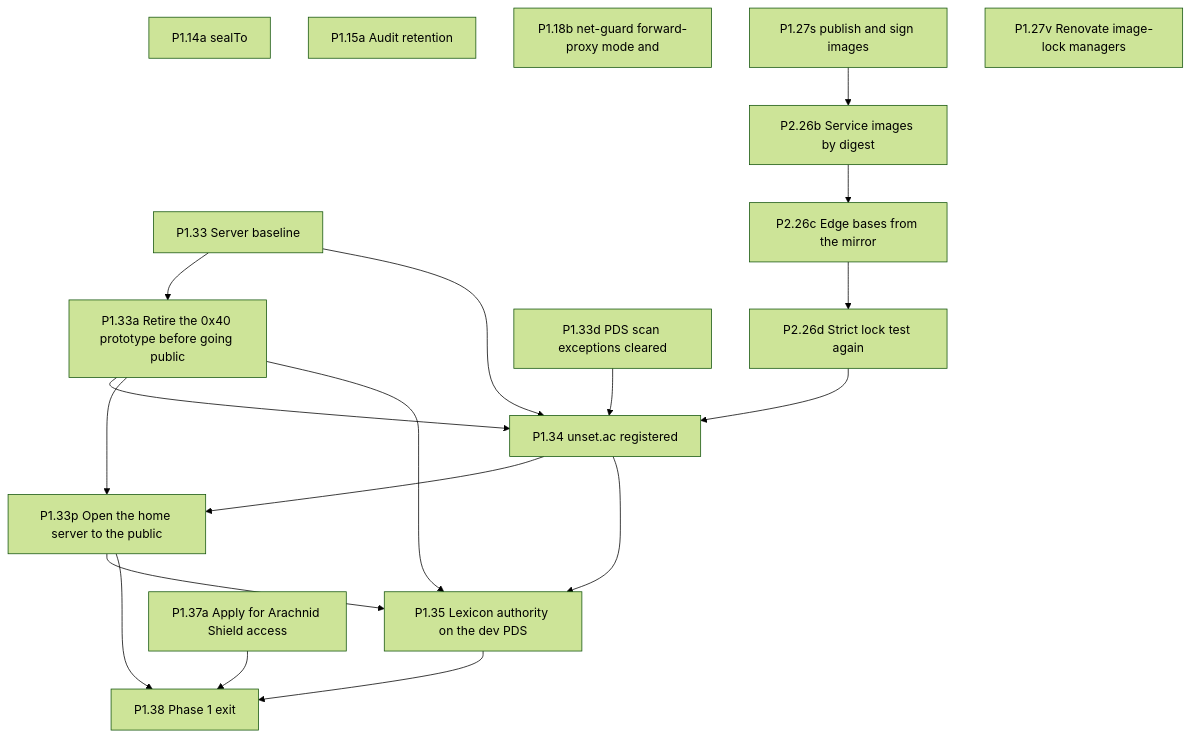
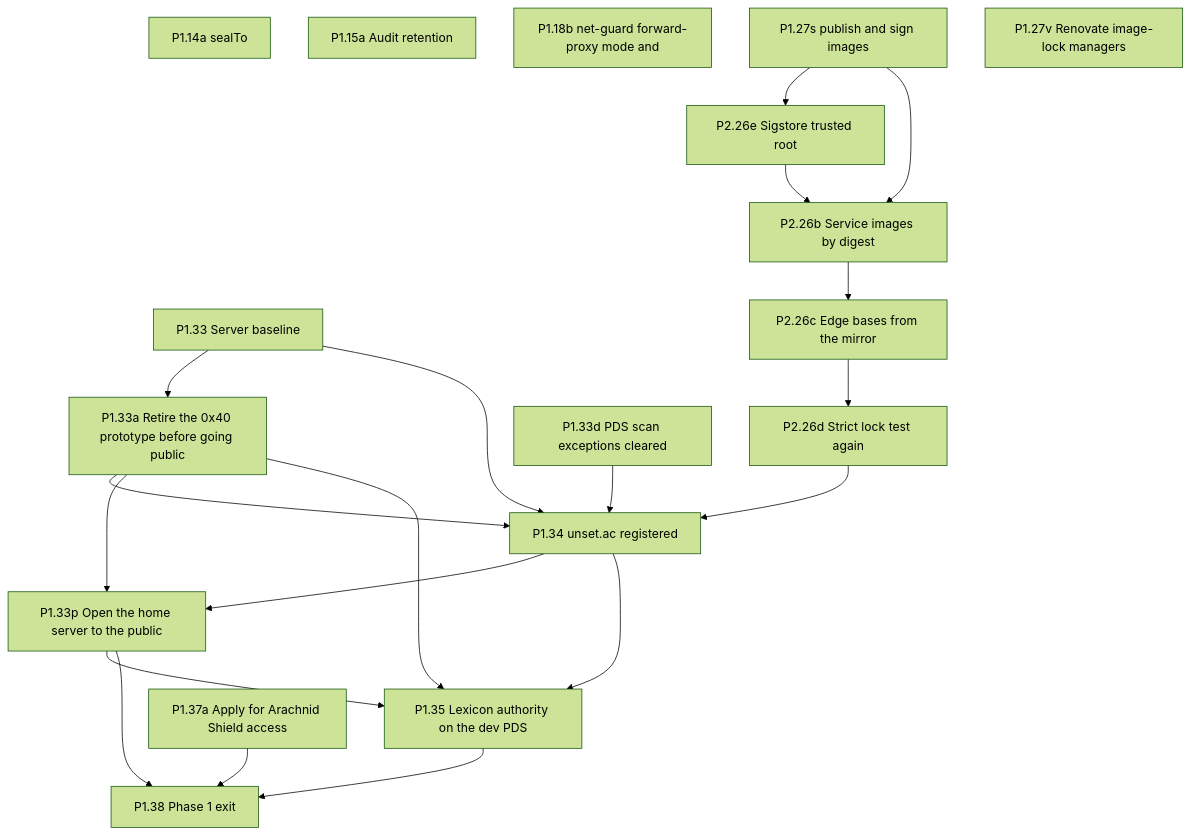
The fourth of 11 diagrams in docs/ai/book/01-outline.md (Undefined6799/unset), drawn with Mermaid (forest theme) before and after one commit. The commit also changed other lines of this file and 2 other files, not shown here.

````diff
--- a/docs/ai/book/01-outline.md
+++ b/docs/ai/book/01-outline.md
@@ -1200,35 +1214,38 @@
 ```mermaid
 flowchart TD
   P1_14a["P1.14a sealTo"]
   P1_15a["P1.15a Audit retention"]
   P1_18b["P1.18b net-guard forward-proxy mode and"]
   P1_33["P1.33 Server baseline"]
   P1_33a["P1.33a Retire the 0x40 prototype before going public"]
   P1_33p["P1.33p Open the home server to the public"]
+  P2_26e["P2.26e Sigstore trusted root"]
   P2_26b["P2.26b Service images by digest"]
   P2_26c["P2.26c Edge bases from the mirror"]
   P2_26d["P2.26d Strict lock test again"]
   P1_33d["P1.33d PDS scan exceptions cleared"]
   P1_34["P1.34 unset.ac registered"]
   P1_35["P1.35 Lexicon authority on the dev PDS"]
   P1_27s["P1.27s publish and sign images"]
   P1_27v["P1.27v Renovate image-lock managers"]
   P1_37a["P1.37a Apply for Arachnid Shield access"]
   P1_38["P1.38 Phase 1 exit"]
   P1_33 --> P1_33a
   P1_33 --> P1_34
   P1_33a --> P1_34
   P1_33d --> P1_34
+  P1_27s --> P2_26e
+  P2_26e --> P2_26b
   P1_27s --> P2_26b
   P2_26b --> P2_26c
   P2_26c --> P2_26d
   P2_26d --> P1_34
   P1_34 --> P1_33p
   P1_33a --> P1_33p
   P1_33p --> P1_35
   P1_33a --> P1_35
   P1_33p --> P1_38
   P1_34 --> P1_35
   P1_35 --> P1_38
   P1_37a --> P1_38
 ```
````
